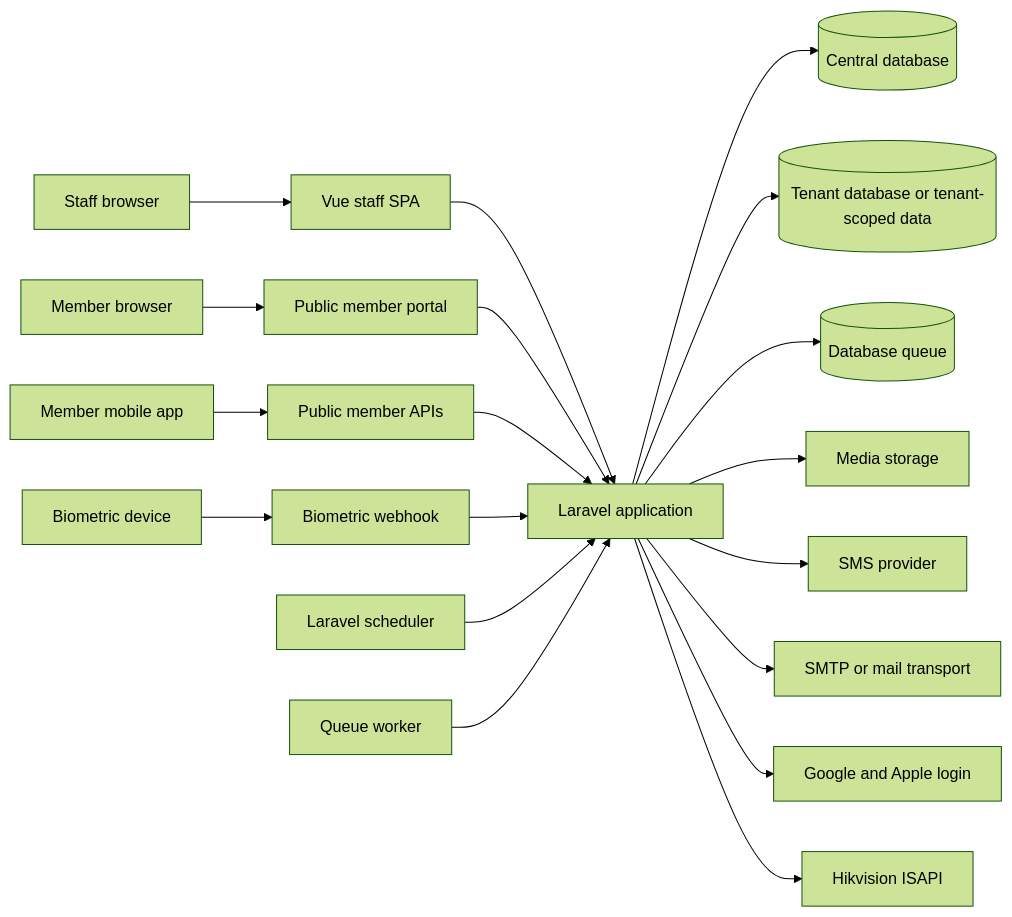
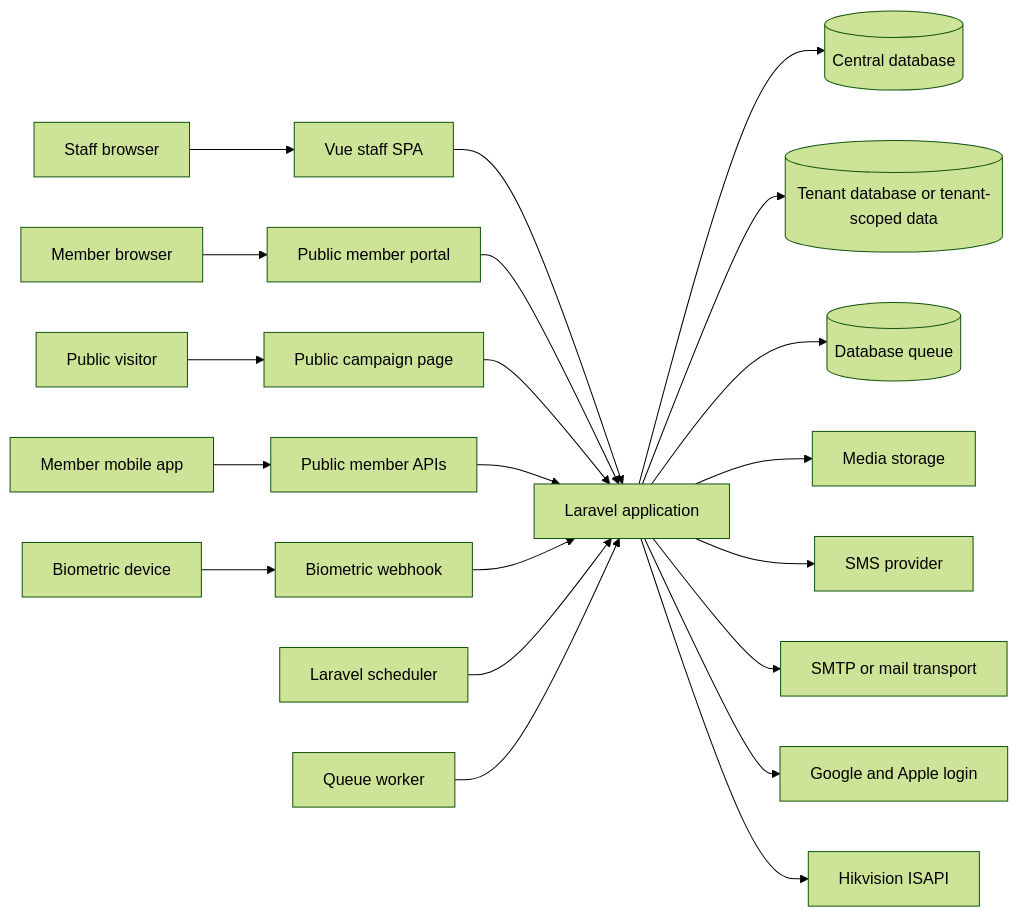
The first of 2 diagrams in docs/system-architecture.md (dmhashan/accounts), drawn with Mermaid (forest theme) before and after one commit. The commit also changed other lines of this file and 36 other files, not shown here.

````diff
--- a/docs/system-architecture.md
+++ b/docs/system-architecture.md
@@ -39,24 +40,26 @@
 ```mermaid
 flowchart LR
     Staff[Staff browser] --> SPA[Vue staff SPA]
     Member[Member browser] --> Portal[Public member portal]
+    Visitor[Public visitor] --> CampaignPage[Public campaign page]
     Mobile[Member mobile app] --> PublicAPI[Public member APIs]
     Device[Biometric device] --> Webhook[Biometric webhook]
 
     SPA --> Laravel[Laravel application]
     Portal --> Laravel
+    CampaignPage --> Laravel
     PublicAPI --> Laravel
     Webhook --> Laravel
 
     Laravel --> Central[(Central database)]
     Laravel --> TenantDB[(Tenant database or tenant-scoped data)]
     Laravel --> Queue[(Database queue)]
     Laravel --> Media[Media storage]
     Laravel --> SMS[SMS provider]
     Laravel --> Mail[SMTP or mail transport]
     Laravel --> Social[Google and Apple login]
     Laravel --> Hikvision[Hikvision ISAPI]
 
     Scheduler[Laravel scheduler] --> Laravel
     Worker[Queue worker] --> Laravel
 ```
````
